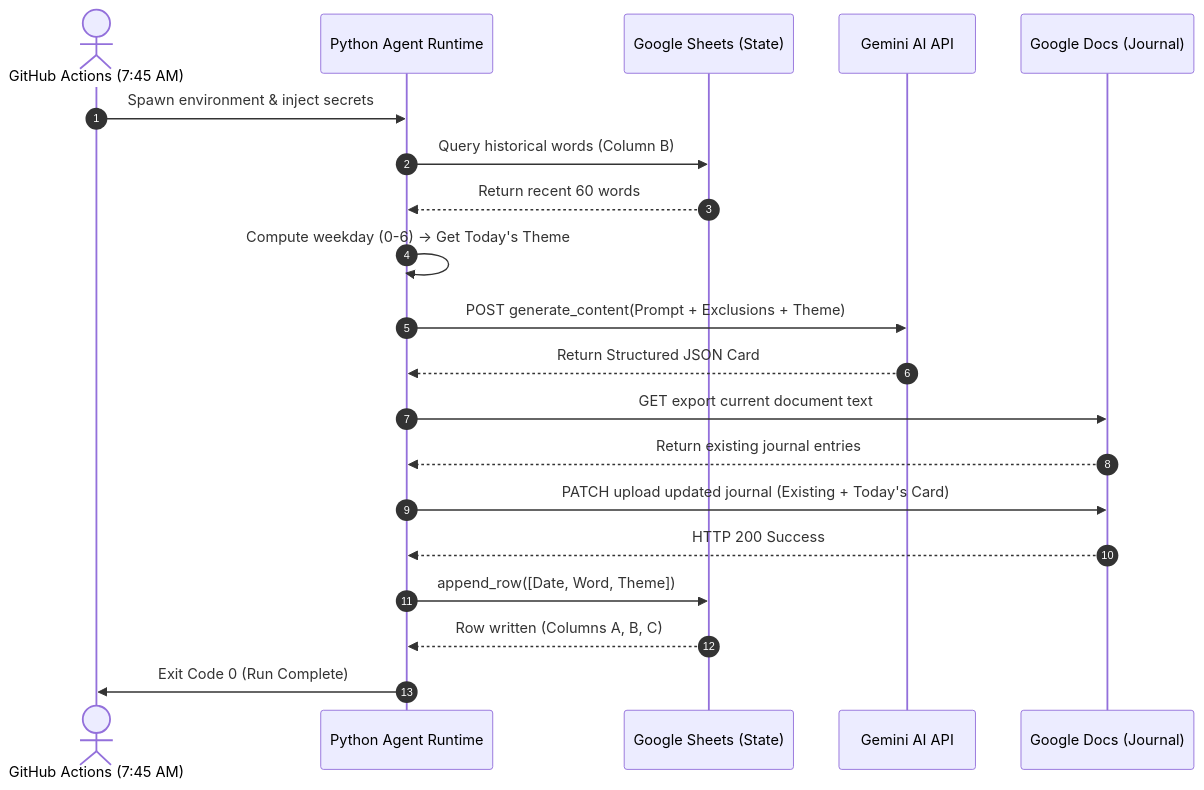
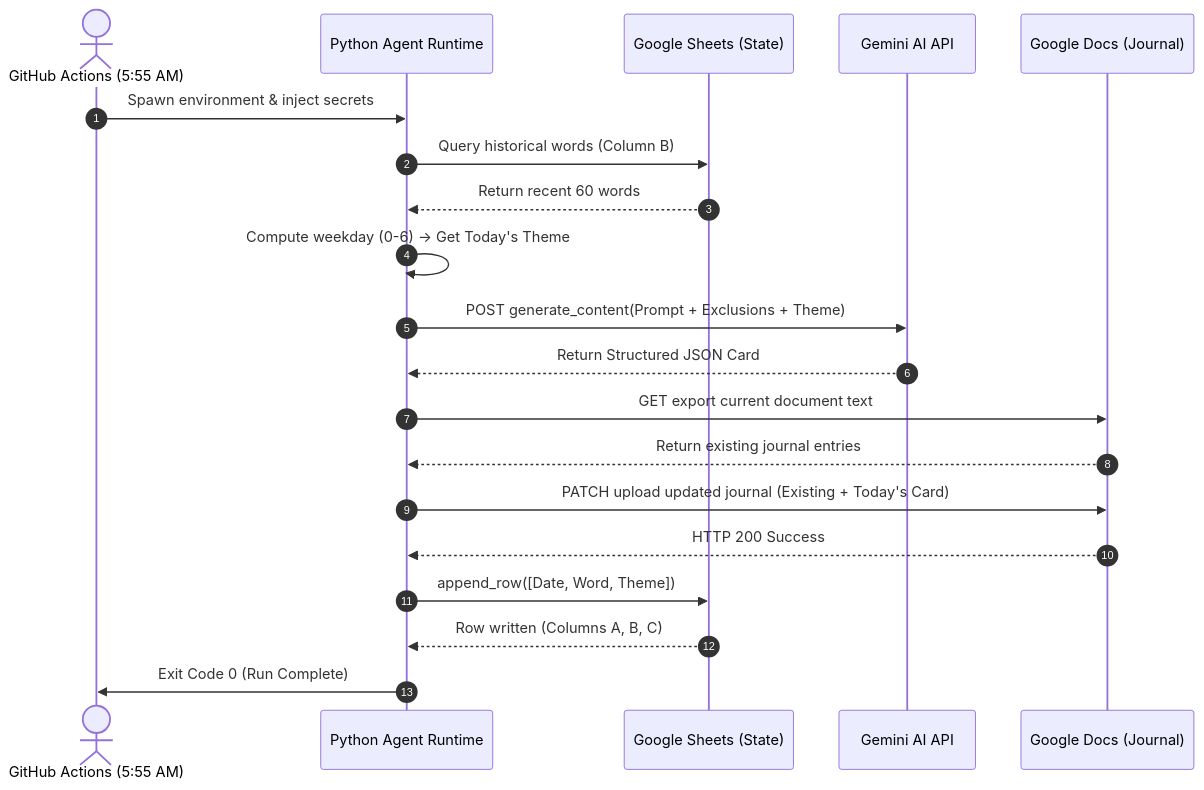
Before and after one commit to piyush-laddha/MarwarVaani: the second of 3 diagrams in ARCHITECTURE.md, drawn with Mermaid. The commit also changed other lines of this file and 3 other files, not shown here.

````diff
--- a/ARCHITECTURE.md
+++ b/ARCHITECTURE.md
@@ -105,23 +105,23 @@
 ```mermaid
 sequenceDiagram
     autonumber
-    actor Scheduler as GitHub Actions (7:45 AM)
+    actor Scheduler as GitHub Actions (5:55 AM)
     participant Runner as Python Agent Runtime
     participant Sheets as Google Sheets (State)
     participant Gemini as Gemini AI API
     participant Docs as Google Docs (Journal)
 
     Scheduler->>Runner: Spawn environment & inject secrets
     Runner->>Sheets: Query historical words (Column B)
     Sheets-->>Runner: Return recent 60 words
     Runner->>Runner: Compute weekday (0-6) -> Get Today's Theme
     Runner->>Gemini: POST generate_content(Prompt + Exclusions + Theme)
     Gemini-->>Runner: Return Structured JSON Card
     Runner->>Docs: GET export current document text
     Docs-->>Runner: Return existing journal entries
     Runner->>Docs: PATCH upload updated journal (Existing + Today's Card)
     Docs-->>Runner: HTTP 200 Success
     Runner->>Sheets: append_row([Date, Word, Theme])
     Sheets-->>Runner: Row written (Columns A, B, C)
     Runner->>Scheduler: Exit Code 0 (Run Complete)
 ```
````
